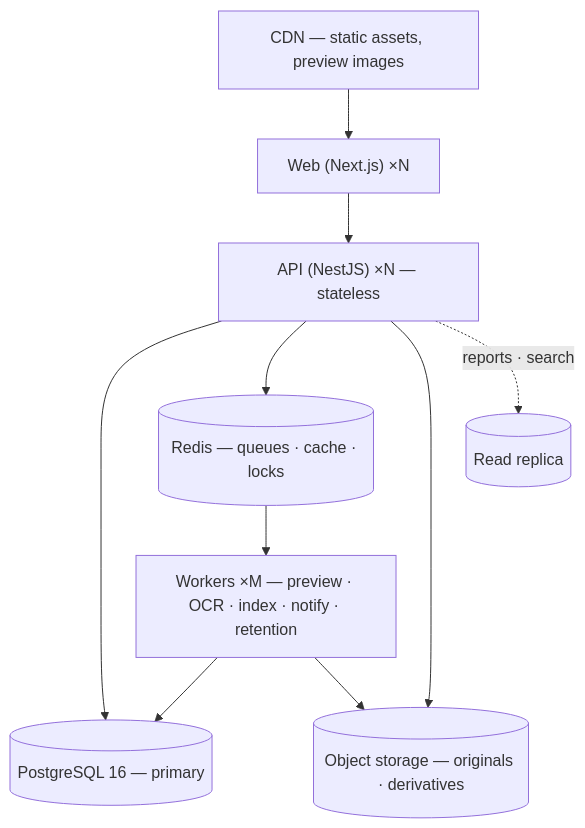
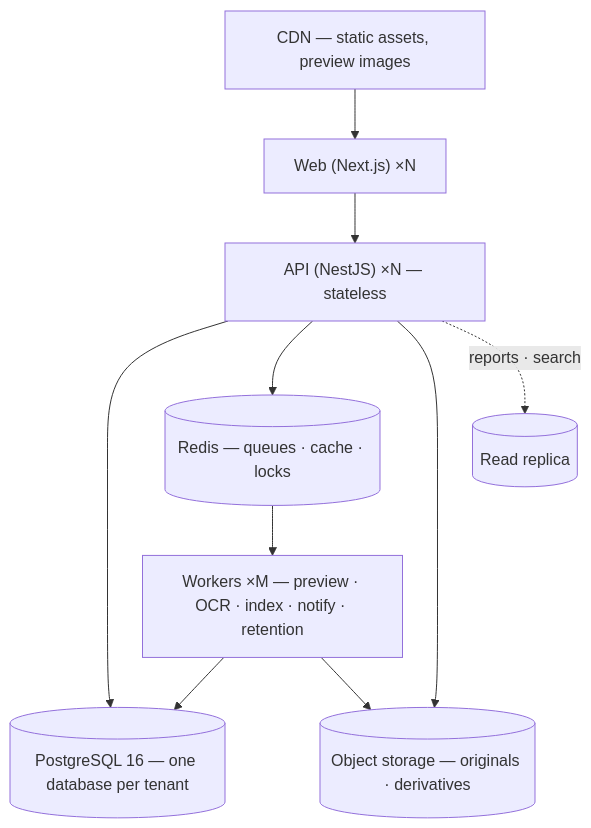
The first of 3 diagrams in docs/architecture/20-deployment-architecture.md (munaxa/munaxa-docs), drawn with Mermaid before and after one commit. The commit also changed other lines of this file and 226 other files, not shown here.

````diff
--- a/docs/architecture/20-deployment-architecture.md
+++ b/docs/architecture/20-deployment-architecture.md
@@ -21,21 +21,21 @@
 ```mermaid
 graph TB
     CDN[CDN — static assets, preview images]
     WEB["Web (Next.js) ×N"]
     API["API (NestJS) ×N — stateless"]
     WRK["Workers ×M — preview · OCR · index · notify · retention"]
-    PG[("PostgreSQL 16 — primary")]
+    PG[("PostgreSQL 16 — one database per tenant")]
     RR[("Read replica")]
     RED[("Redis — queues · cache · locks")]
     OBJ[("Object storage — originals · derivatives")]
 
     CDN --> WEB
     WEB --> API
     API --> PG
     API --> RED
     API --> OBJ
     API -.reports · search.-> RR
     RED --> WRK
     WRK --> PG
     WRK --> OBJ
 ```
````
